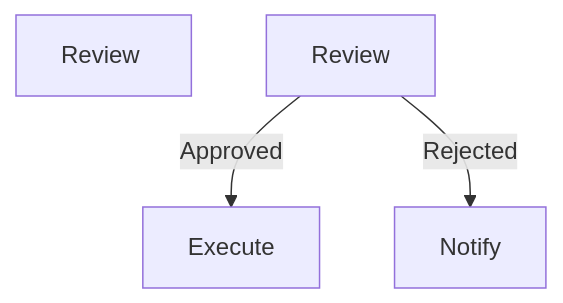
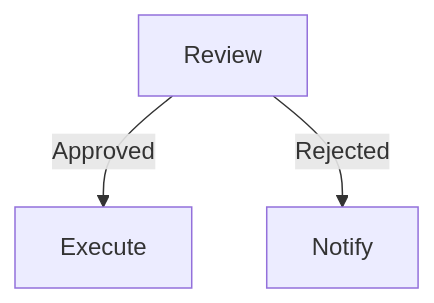
Before and after one commit to PragadeeshM1608/Discrete-Mathematics-and-Its-Applications: the diagram in CONTRIBUTING.md, drawn with Mermaid.

````diff
--- a/CONTRIBUTING.md
+++ b/CONTRIBUTING.md
@@ -16,6 +16,6 @@
 ```mermaid
 graph TD
-Review&nbsp;
+Review
 Review -->|Approved| Execute
 Review -->|Rejected| Notify
 ``` 
````
